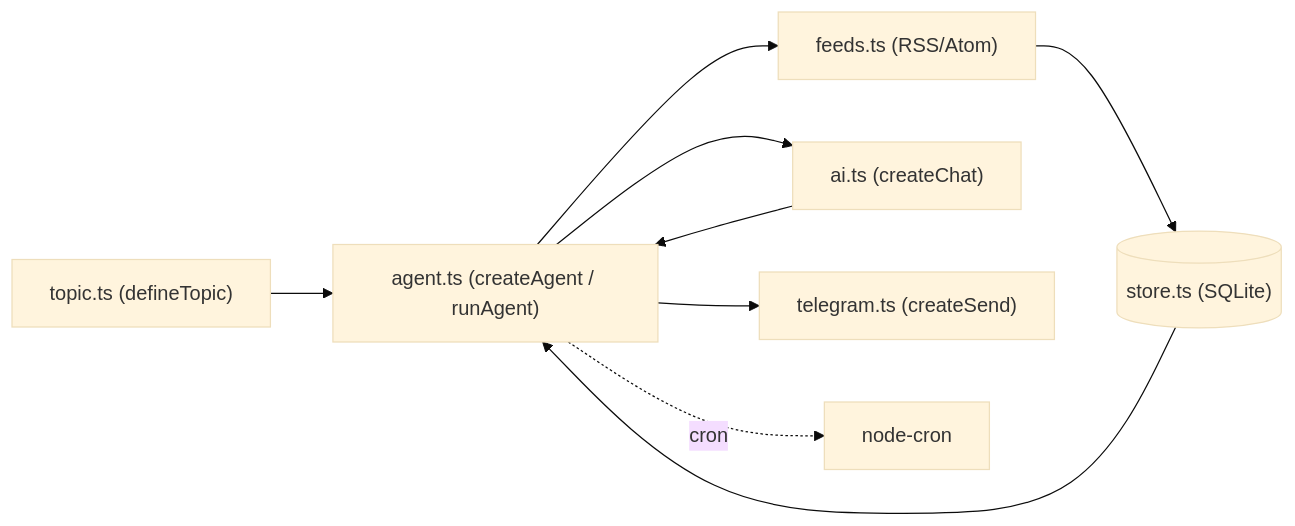
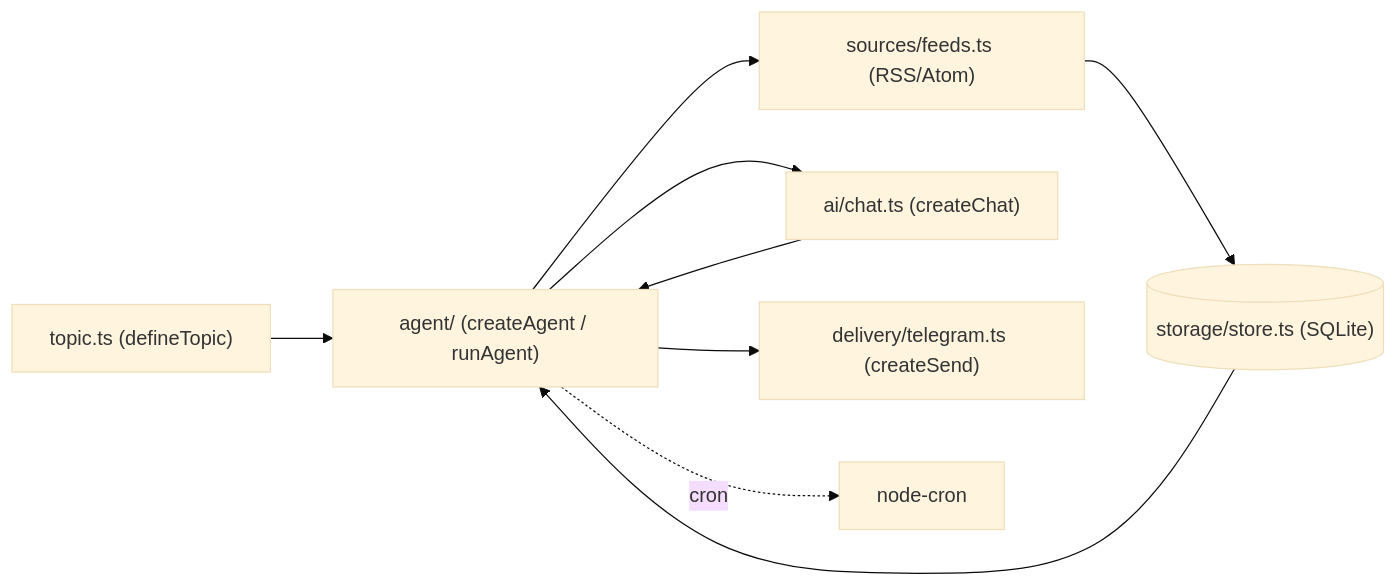
The diagram in README.md (juninmd/digest-kit), drawn with Mermaid (base theme) before and after one commit. The commit also changed other lines of this file and 60 other files, not shown here.

````diff
--- a/README.md
+++ b/README.md
@@ -45,11 +48,11 @@
 ```mermaid
 flowchart LR
-  T["topic.ts (defineTopic)"] --> A["agent.ts (createAgent / runAgent)"]
-  A --> F["feeds.ts (RSS/Atom)"]
-  F --> S[("store.ts (SQLite)")]
+  T["topic.ts (defineTopic)"] --> A["agent/ (createAgent / runAgent)"]
+  A --> F["sources/feeds.ts (RSS/Atom)"]
+  F --> S[("storage/store.ts (SQLite)")]
   S --> A
-  A --> AI["ai.ts (createChat)"]
+  A --> AI["ai/chat.ts (createChat)"]
   AI --> A
-  A --> TG["telegram.ts (createSend)"]
+  A --> TG["delivery/telegram.ts (createSend)"]
   A -. cron .-> C["node-cron"]
 ```
````
